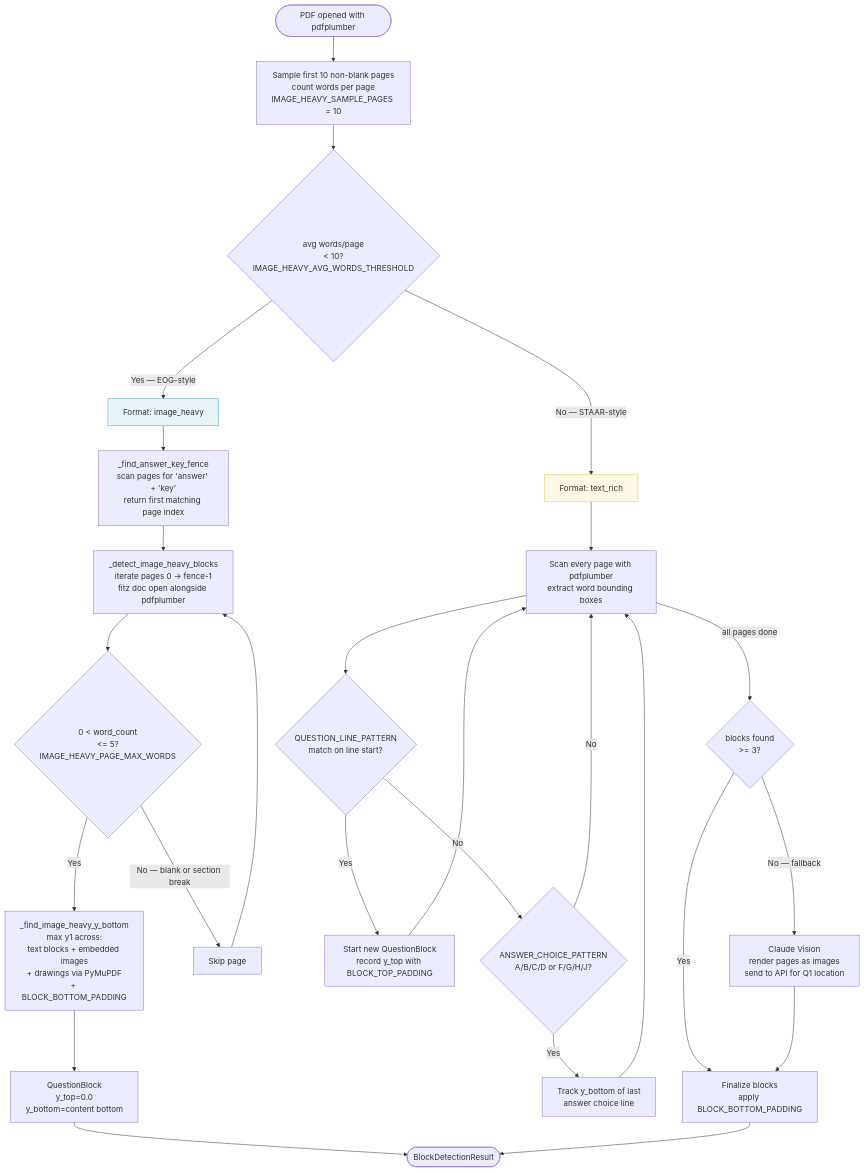
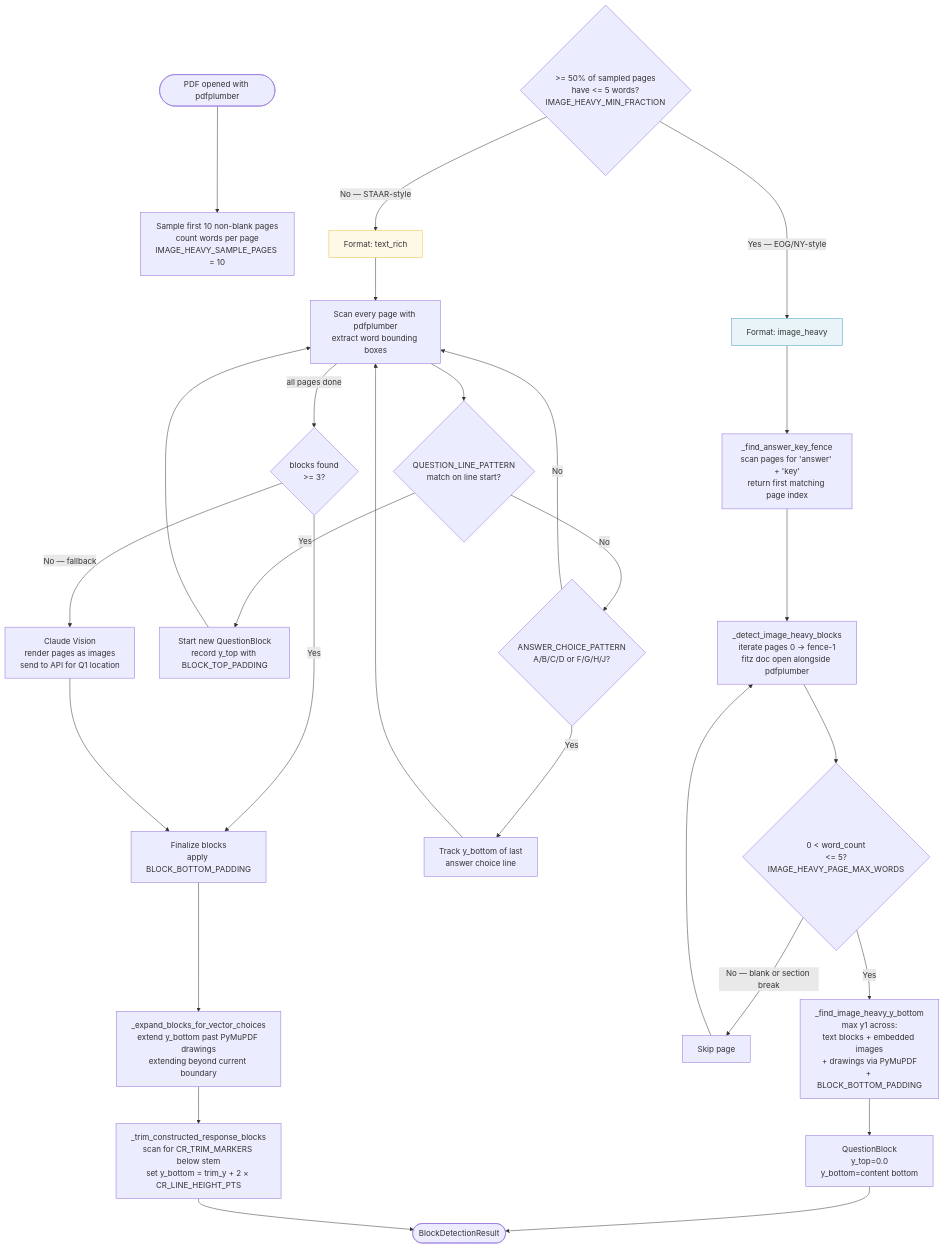
One commit to kpkchaitanya/mts changed the second of 5 diagrams in .agent/specs/compact_source/compact_source-design.md. Above: the diagram before and after it, drawn with Mermaid. The commit also changed other lines of this file and 56 other files, not shown here.

````diff
--- a/.agent/specs/compact_source/compact_source-design.md
+++ b/.agent/specs/compact_source/compact_source-design.md
@@ -102,37 +111,39 @@
 ```mermaid
 flowchart TD
     A([PDF opened with pdfplumber]) --> B
 
     B[Sample first 10 non-blank pages\ncount words per page\nIMAGE_HEAVY_SAMPLE_PAGES = 10]
 
-    B --> C{avg words/page\n< 10?\nIMAGE_HEAVY_AVG_WORDS_THRESHOLD}
+    C{>= 50% of sampled pages\nhave <= 5 words?\nIMAGE_HEAVY_MIN_FRACTION}
 
-    C -->|Yes — EOG-style| IH[Format: image_heavy]
+    C -->|Yes — EOG/NY-style| IH[Format: image_heavy]
     C -->|No — STAAR-style| TR[Format: text_rich]
 
     IH --> IH1[_find_answer_key_fence\nscan pages for 'answer' + 'key'\nreturn first matching page index]
     IH1 --> IH2[_detect_image_heavy_blocks\niterate pages 0 → fence-1\nfitz doc open alongside pdfplumber]
     IH2 --> IH3{0 < word_count\n<= 5?\nIMAGE_HEAVY_PAGE_MAX_WORDS}
     IH3 -->|Yes| IH4[_find_image_heavy_y_bottom\nmax y1 across:\ntext blocks + embedded images\n+ drawings via PyMuPDF\n+ BLOCK_BOTTOM_PADDING]
     IH4 --> IH4B[QuestionBlock\ny_top=0.0\ny_bottom=content bottom]
     IH3 -->|No — blank or section break| IH5[Skip page]
     IH4B --> IH6([BlockDetectionResult])
     IH5 --> IH2
 
     TR --> TR1[Scan every page with pdfplumber\nextract word bounding boxes]
     TR1 --> TR2{QUESTION_LINE_PATTERN\nmatch on line start?}
     TR2 -->|Yes| TR3[Start new QuestionBlock\nrecord y_top with BLOCK_TOP_PADDING]
     TR2 -->|No| TR4{ANSWER_CHOICE_PATTERN\nA/B/C/D or F/G/H/J?}
     TR4 -->|Yes| TR5[Track y_bottom of last\nanswer choice line]
     TR4 -->|No| TR1
     TR3 --> TR1
     TR5 --> TR1
     TR1 -->|all pages done| TR6{blocks found\n>= 3?}
     TR6 -->|Yes| TR7[Finalize blocks\napply BLOCK_BOTTOM_PADDING]
     TR6 -->|No — fallback| TR8[Claude Vision\nrender pages as images\nsend to API for Q1 location]
     TR8 --> TR7
-    TR7 --> IH6
+    TR7 --> TR9[_expand_blocks_for_vector_choices\nextend y_bottom past PyMuPDF drawings\nextending beyond current boundary]
+    TR9 --> TR10[_trim_constructed_response_blocks\nscan for CR_TRIM_MARKERS below stem\nset y_bottom = trim_y + 2 × CR_LINE_HEIGHT_PTS]
+    TR10 --> IH6
 
     style IH fill:#e8f4f8,stroke:#4a9eca
     style TR fill:#fef9e7,stroke:#f0c040
 ```
````
